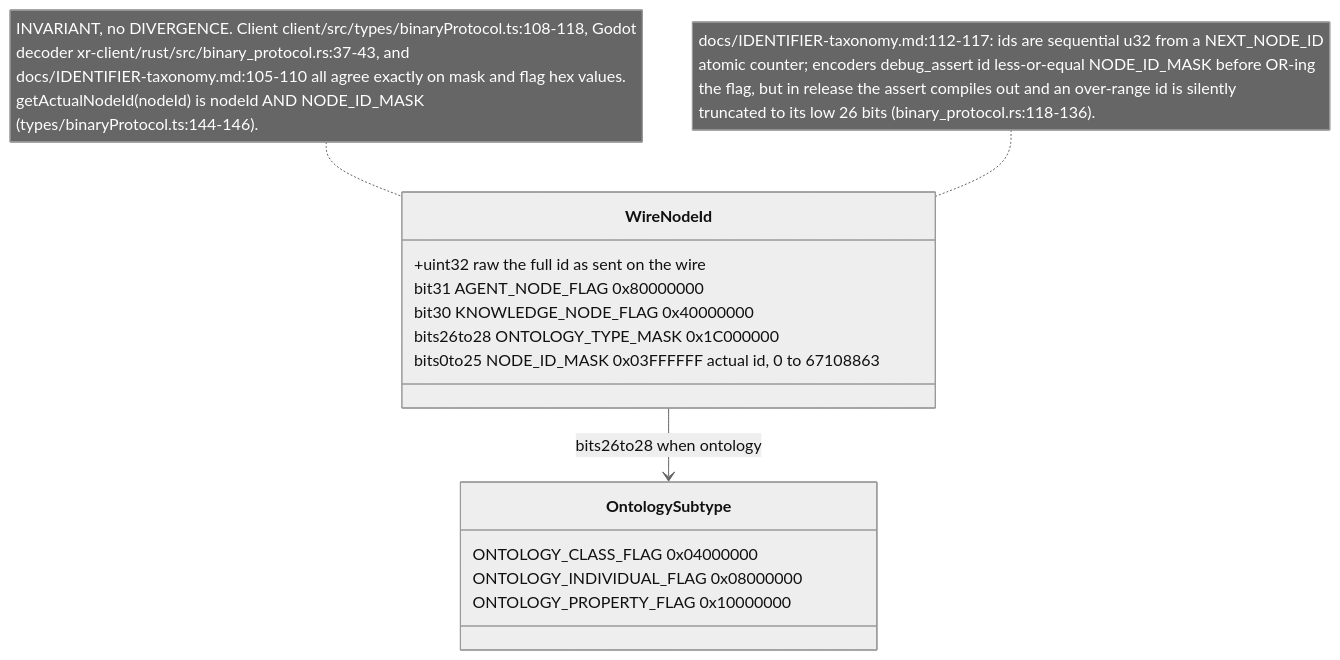
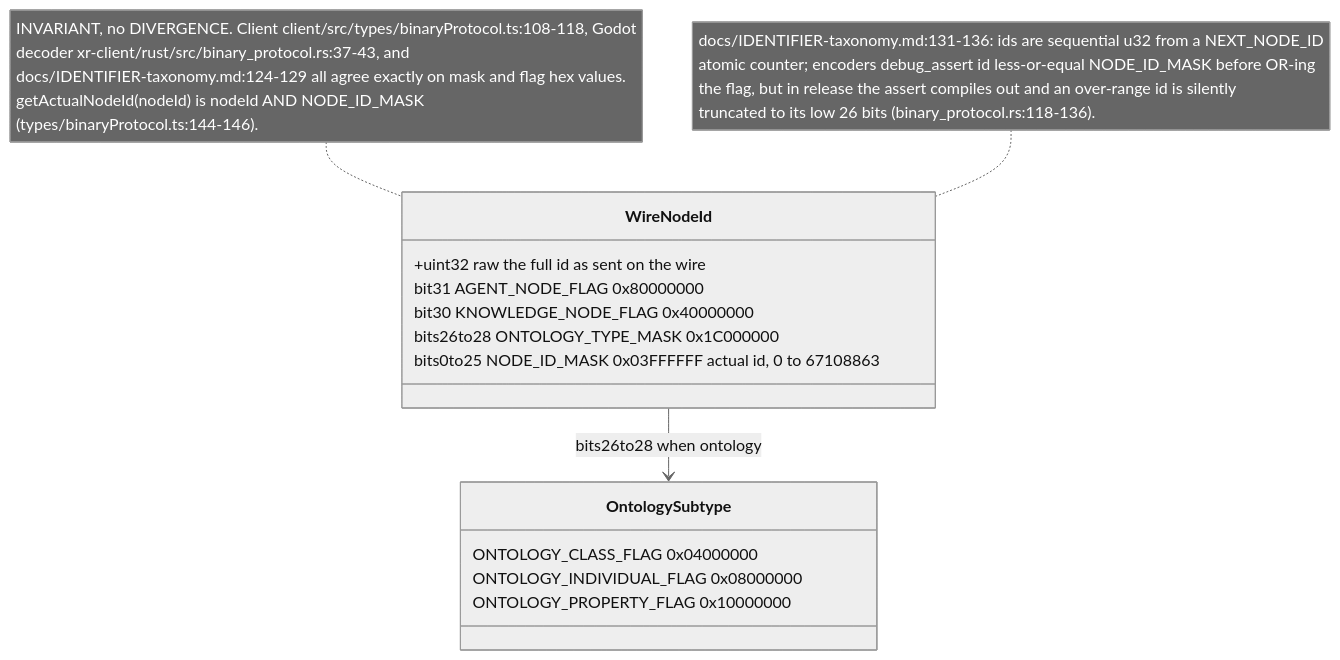
Before and after one commit to DreamLab-AI/AR-AI-Knowledge-Graph: the sixth of 16 diagrams in docs/diagrams/visionclaw/32-client-websocket-and-binary.md, drawn with Mermaid (neutral theme). The commit also changed other lines of this file and 73 other files, not shown here.

First line of the commit message:
docs(diagrams): re-verify all 71 topic files against HEAD; add --cite-check

````diff
--- a/docs/diagrams/visionclaw/32-client-websocket-and-binary.md
+++ b/docs/diagrams/visionclaw/32-client-websocket-and-binary.md
@@ -247,18 +248,18 @@
 ```mermaid
 classDiagram
     class WireNodeId {
       +uint32 raw  the full id as sent on the wire
       bit31 AGENT_NODE_FLAG 0x80000000
       bit30 KNOWLEDGE_NODE_FLAG 0x40000000
       bits26to28 ONTOLOGY_TYPE_MASK 0x1C000000
       bits0to25 NODE_ID_MASK 0x03FFFFFF  actual id, 0 to 67108863
     }
     class OntologySubtype {
       ONTOLOGY_CLASS_FLAG 0x04000000
       ONTOLOGY_INDIVIDUAL_FLAG 0x08000000
       ONTOLOGY_PROPERTY_FLAG 0x10000000
     }
     WireNodeId --> OntologySubtype : bits26to28 when ontology
-    note for WireNodeId "INVARIANT, no DIVERGENCE. Client client/src/types/binaryProtocol.ts:108-118, Godot<br/>decoder xr-client/rust/src/binary_protocol.rs:37-43, and<br/>docs/IDENTIFIER-taxonomy.md:105-110 all agree exactly on mask and flag hex values.<br/>getActualNodeId(nodeId) is nodeId AND NODE_ID_MASK<br/>(types/binaryProtocol.ts:144-146)."
-    note for WireNodeId "docs/IDENTIFIER-taxonomy.md:112-117: ids are sequential u32 from a NEXT_NODE_ID<br/>atomic counter; encoders debug_assert id less-or-equal NODE_ID_MASK before OR-ing<br/>the flag, but in release the assert compiles out and an over-range id is silently<br/>truncated to its low 26 bits (binary_protocol.rs:118-136)."
+    note for WireNodeId "INVARIANT, no DIVERGENCE. Client client/src/types/binaryProtocol.ts:108-118, Godot<br/>decoder xr-client/rust/src/binary_protocol.rs:37-43, and<br/>docs/IDENTIFIER-taxonomy.md:124-129 all agree exactly on mask and flag hex values.<br/>getActualNodeId(nodeId) is nodeId AND NODE_ID_MASK<br/>(types/binaryProtocol.ts:144-146)."
+    note for WireNodeId "docs/IDENTIFIER-taxonomy.md:131-136: ids are sequential u32 from a NEXT_NODE_ID<br/>atomic counter; encoders debug_assert id less-or-equal NODE_ID_MASK before OR-ing<br/>the flag, but in release the assert compiles out and an over-range id is silently<br/>truncated to its low 26 bits (binary_protocol.rs:118-136)."
 ```
````
